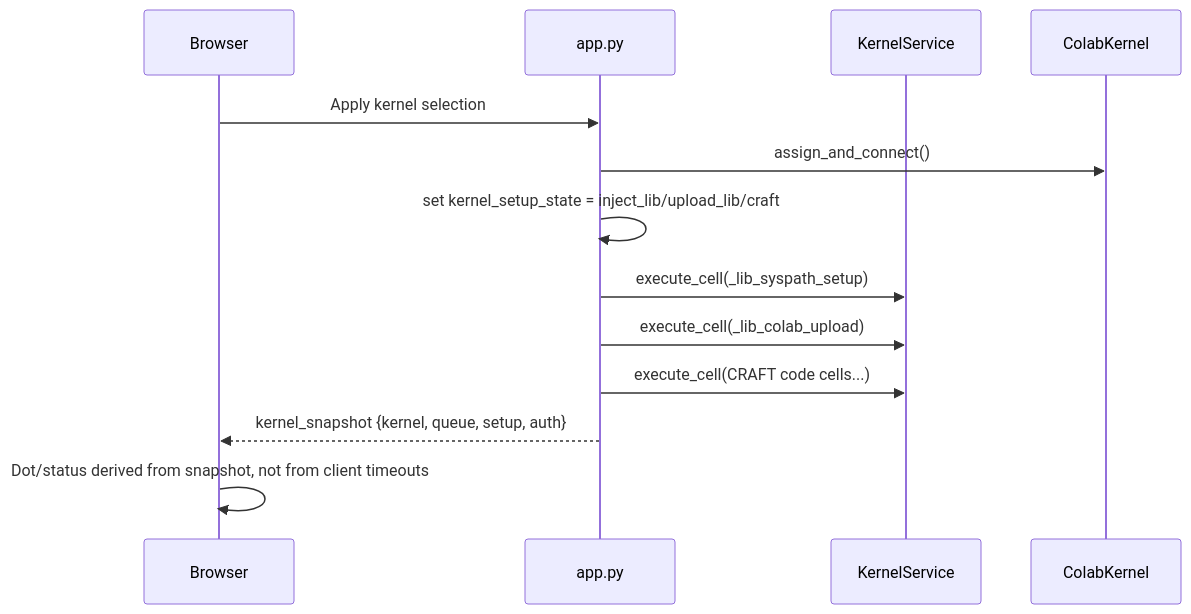
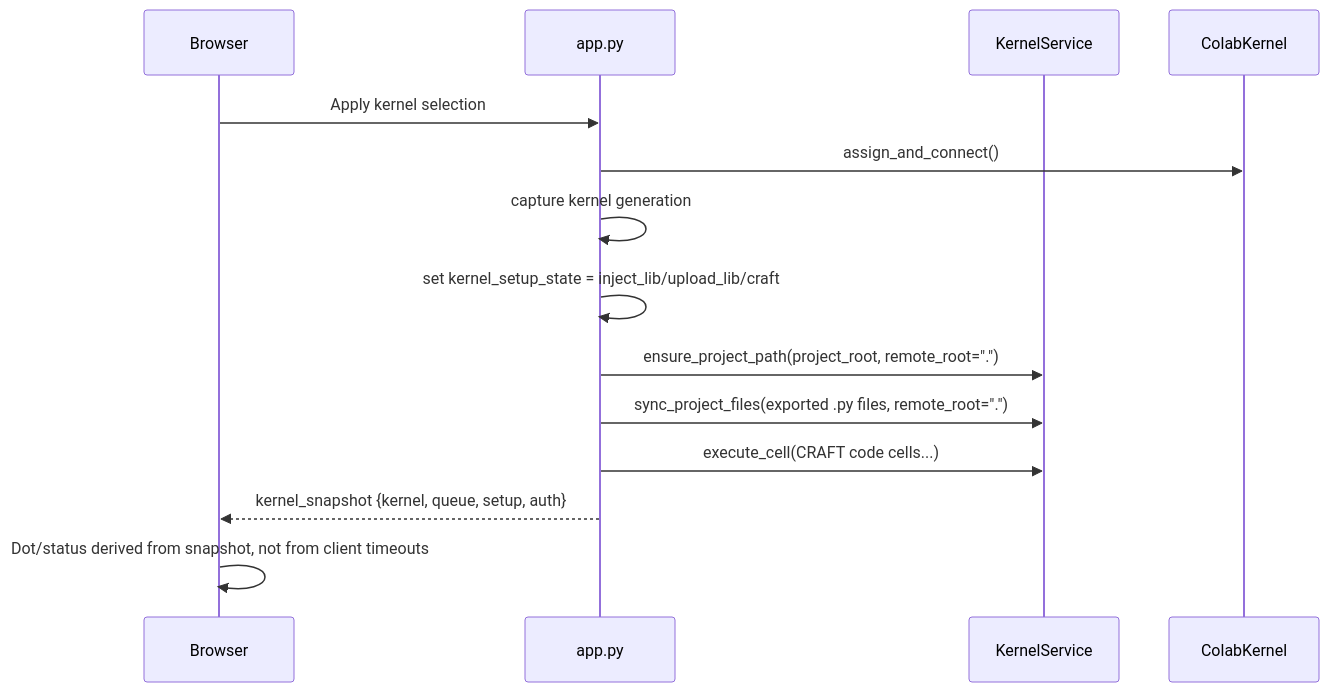
The eighth of 12 diagrams in docs/how_it_works/12_colab_kernel.md (sgaseretto/solveish), drawn with Mermaid before and after one commit. The commit also changed other lines of this file and 9 other files, not shown here.

Commit message:
Harden kernel lifecycle and setup logging

````diff
--- a/docs/how_it_works/12_colab_kernel.md
+++ b/docs/how_it_works/12_colab_kernel.md
@@ -445,16 +449,17 @@
 ```mermaid
 sequenceDiagram
     participant UI as Browser
     participant App as app.py
     participant KS as KernelService
     participant CK as ColabKernel
 
     UI->>App: Apply kernel selection
     App->>CK: assign_and_connect()
+    App->>App: capture kernel generation
     App->>App: set kernel_setup_state = inject_lib/upload_lib/craft
-    App->>KS: execute_cell(_lib_syspath_setup)
-    App->>KS: execute_cell(_lib_colab_upload)
+    App->>KS: ensure_project_path(project_root, remote_root=".")
+    App->>KS: sync_project_files(exported .py files, remote_root=".")
     App->>KS: execute_cell(CRAFT code cells...)
     App-->>UI: kernel_snapshot {kernel, queue, setup, auth}
     UI->>UI: Dot/status derived from snapshot, not from client timeouts
 ```
````
